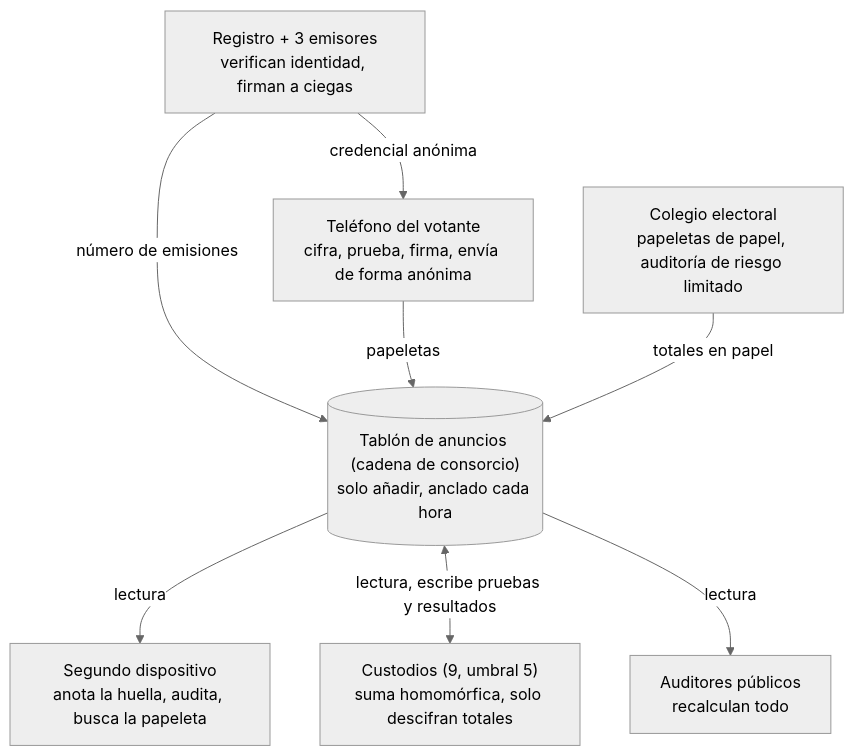
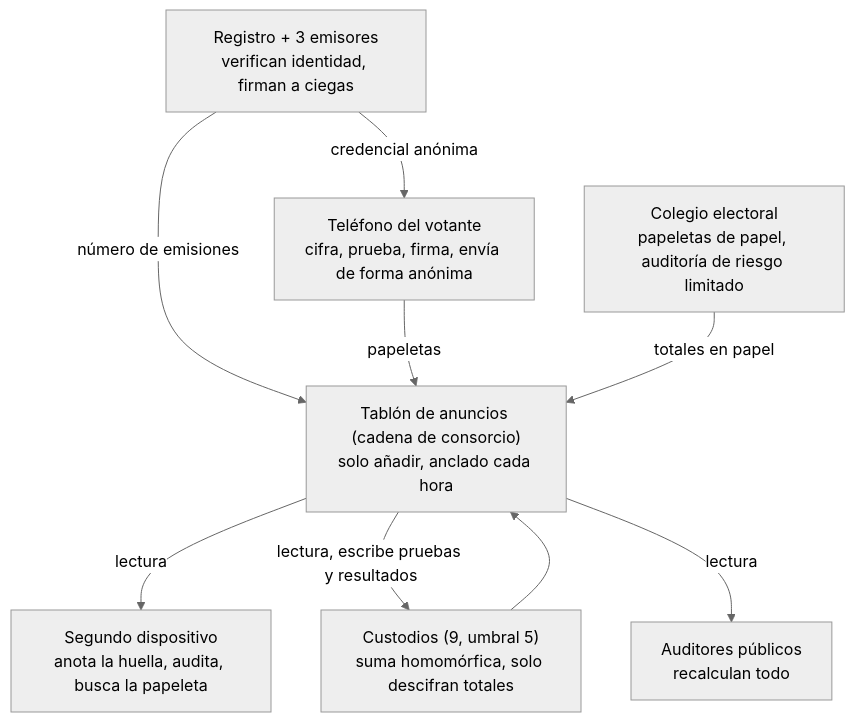
The diagram in docs/es.md (tommaru66-pixel/e2e-verifiable-voting), drawn with Mermaid (neutral theme) before and after one commit. The commit also changed 8 other files, not shown here.

First line of the commit message:
Simplify architecture diagram syntax for GitHub rendering

````diff
--- a/docs/es.md
+++ b/docs/es.md
@@ -113,10 +113,11 @@
 ```mermaid
 flowchart TB
   R["Registro + 3 emisores<br/>verifican identidad, firman a ciegas"] -->|credencial anónima| P["Teléfono del votante<br/>cifra, prueba, firma, envía de forma anónima"]
   R -->|número de emisiones| B
-  P -->|papeletas| B[("Tablón de anuncios (cadena de consorcio)<br/>solo añadir, anclado cada hora")]
+  P -->|papeletas| B["Tablón de anuncios (cadena de consorcio)<br/>solo añadir, anclado cada hora"]
   S["Colegio electoral<br/>papeletas de papel, auditoría de riesgo limitado"] -->|totales en papel| B
   B -->|lectura| D["Segundo dispositivo<br/>anota la huella, audita, busca la papeleta"]
-  B <-->|lectura, escribe pruebas y resultados| T["Custodios (9, umbral 5)<br/>suma homomórfica, solo descifran totales"]
+  B -->|lectura, escribe pruebas y resultados| T["Custodios (9, umbral 5)<br/>suma homomórfica, solo descifran totales"]
+  T --> B
   B -->|lectura| A["Auditores públicos<br/>recalculan todo"]
 ```
````
